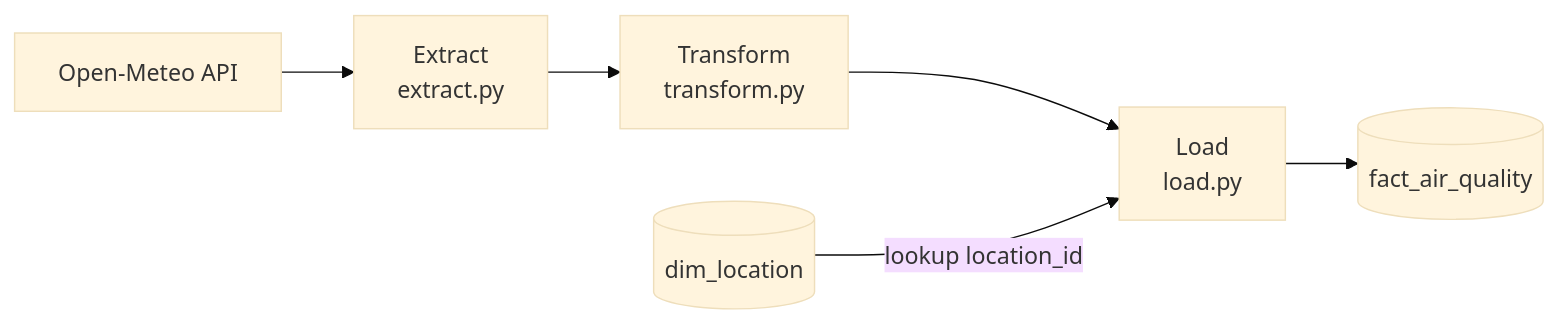
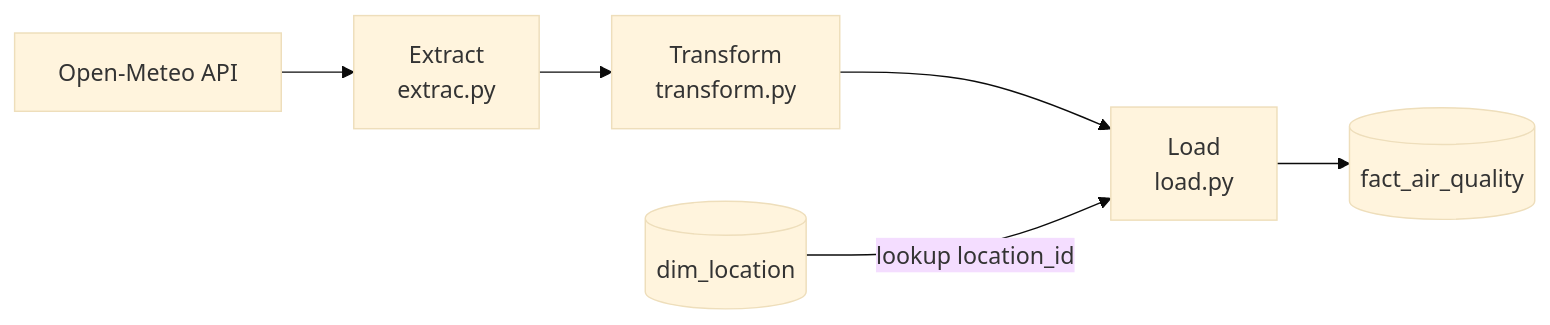
The diagram in README.md (Gleowsy/Jakarta-air-pipeline), drawn with Mermaid (base theme) before and after one commit.

````diff
--- a/README.md
+++ b/README.md
@@ -6,8 +6,8 @@
 ```mermaid
 flowchart LR
-    A[Open-Meteo API] --> B[Extract<br/>extract.py]
+    A[Open-Meteo API] --> B[Extract<br/>extrac.py]
     B --> C[Transform<br/>transform.py]
     C --> D[Load<br/>load.py]
     D --> F[(fact_air_quality)]
     E[(dim_location)] -->|lookup location_id| D
 ```
````
